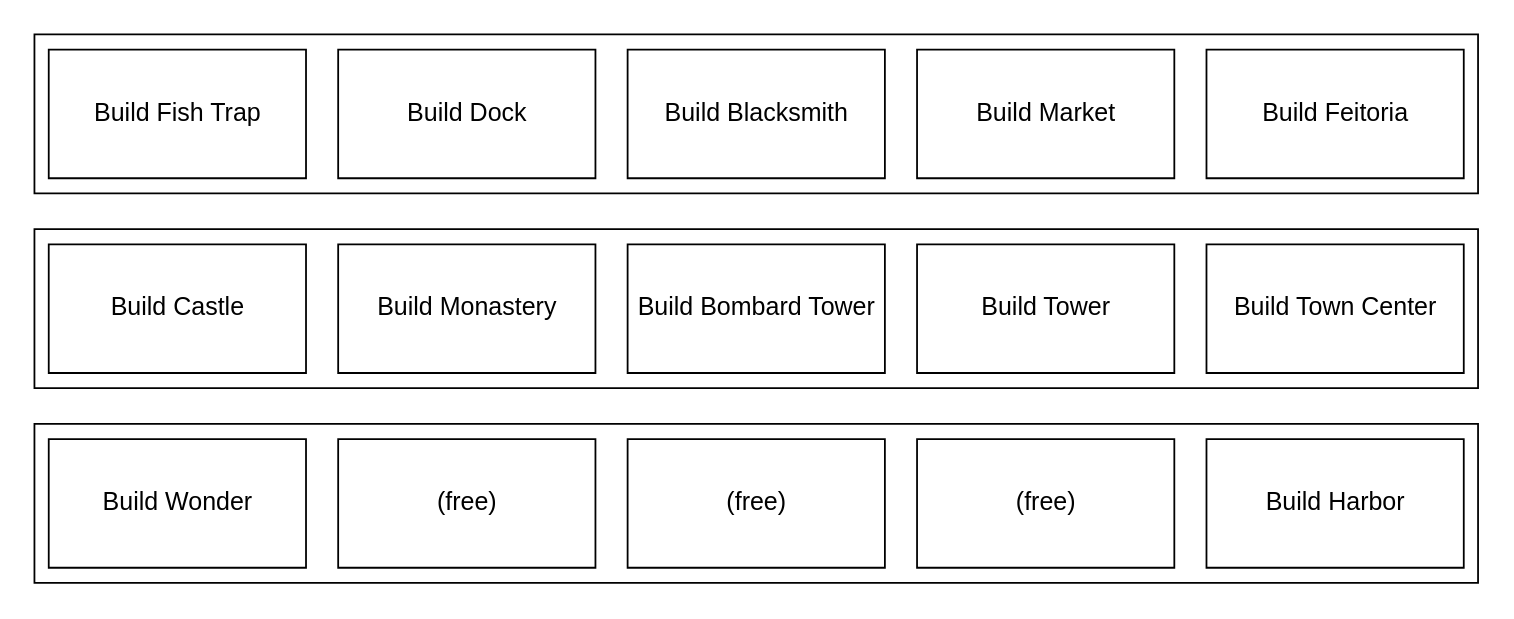
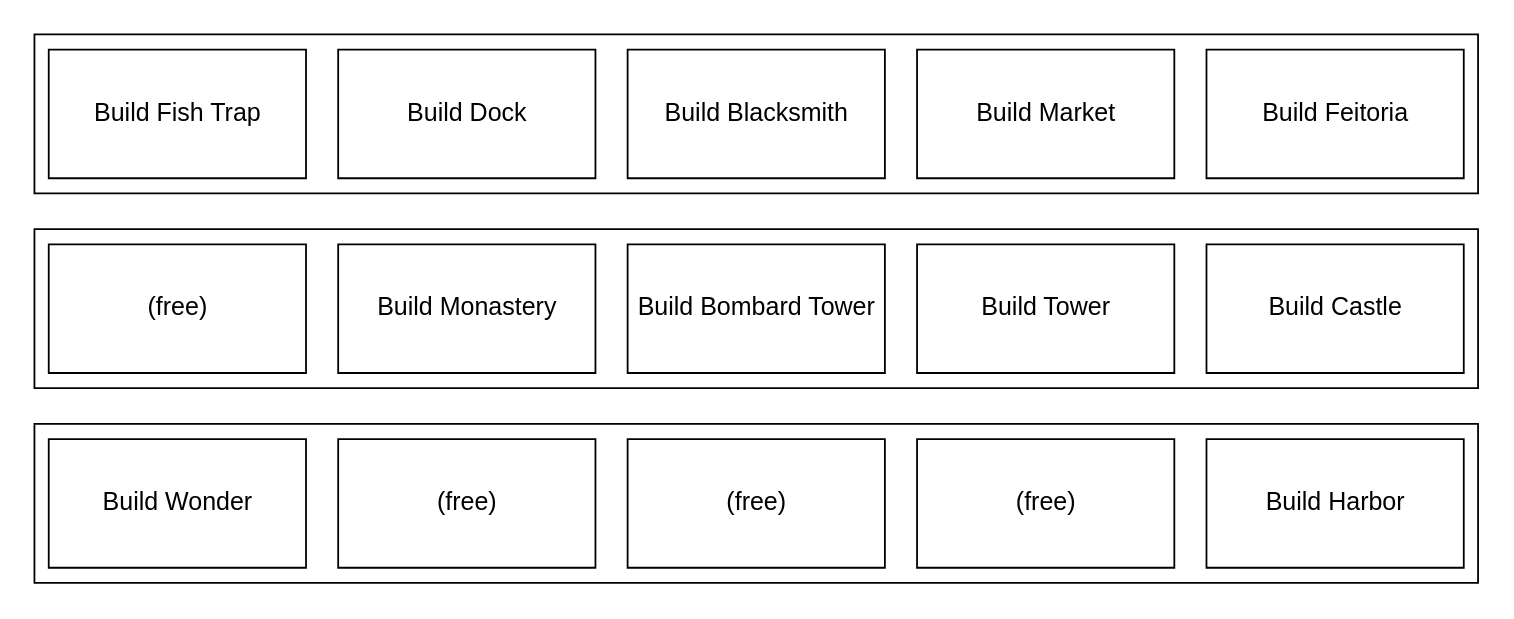
The diagram in layer3.dot (TheAgeOfCoding/age-hotkey-science), drawn with Graphviz before and after one commit. The commit also changed 1 other file, not shown here.

```diff
--- a/layer3.dot
+++ b/layer3.dot
@@ -1,27 +1,27 @@
 digraph D {
     node [pin=true, width=2, height=1, shape=record, fixedsize=true, autosize=false, fontname="Arial"];
     subgraph cluster_0 {
       e [label="Build Feitoria"];
       d [label="Build Market"];
       c [label="Build Blacksmith"];
       b [label="Build Dock"];
       a [label="Build Fish Trap"];
     }
     subgraph cluster_1 {
-      j [label="Build Town Center"];
+      j [label="Build Castle"];
       i [label="Build Tower"];
       h [label="Build Bombard Tower"];
       g [label="Build Monastery"];
-      f [label="Build Castle"];
+      f [label="(free)"];
     }
 
     subgraph cluster_2 {
       k [label="Build Harbor"];
       l [label="(free)"];
       m [label="(free)"];
       n [label="(free)"];
       o [label="Build Wonder"];
     }
   a -> f [style=invis];
   j -> k [style=invis];
 }
```
